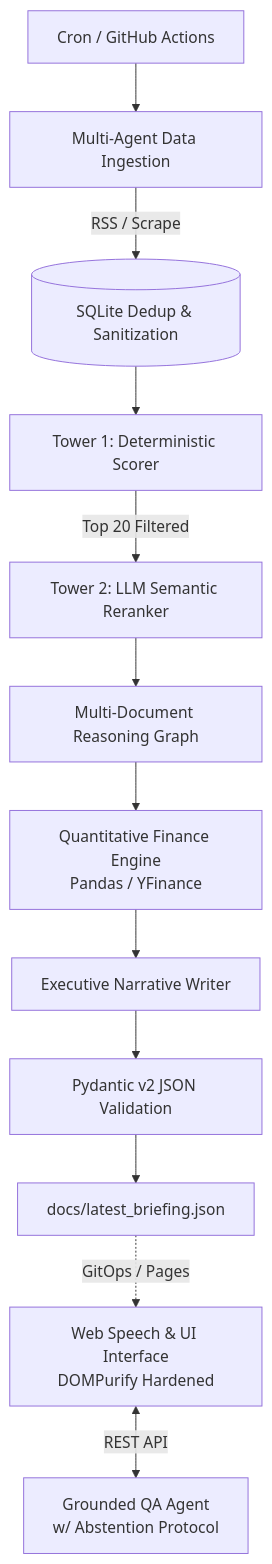
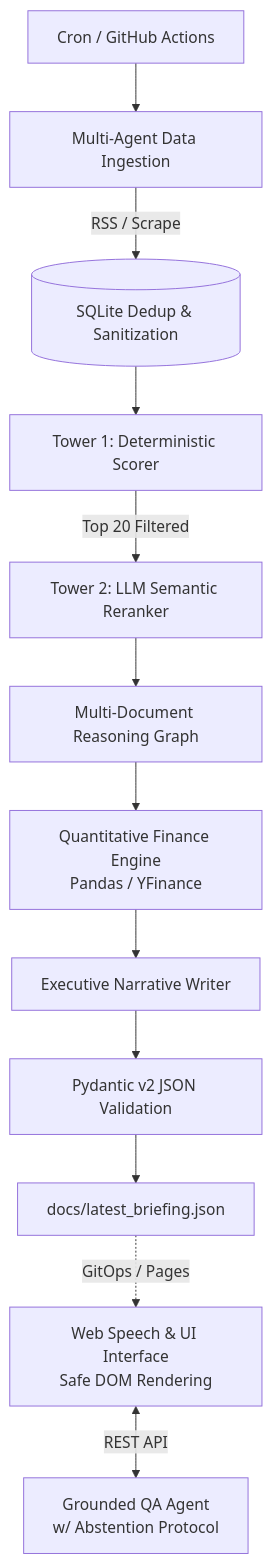
Before and after one commit to mpozz28/jarvis-daily-briefing: the diagram in README.md, drawn with Mermaid. The commit also changed other lines of this file and 14 other files, not shown here.

````diff
--- a/README.md
+++ b/README.md
@@ -114,21 +114,21 @@
 ```mermaid
 flowchart TD
     %% Ingestion
     A[Cron / GitHub Actions] --> B[Multi-Agent Data Ingestion]
     B -->|RSS / Scrape| C[(SQLite Dedup & Sanitization)]
 
     %% Processing Pipeline
     C --> D[Tower 1: Deterministic Scorer]
     D -->|Top 20 Filtered| E[Tower 2: LLM Semantic Reranker]
     E --> F[Multi-Document Reasoning Graph]
     F --> G["Quantitative Finance Engine<br/>Pandas / YFinance"]
 
     %% Output Generation
     G --> H[Executive Narrative Writer]
     H --> I[Pydantic v2 JSON Validation]
     I --> J[docs/latest_briefing.json]
 
     %% Serving & RAG
-    J -.->|GitOps / Pages| K["Web Speech & UI Interface<br/>DOMPurify Hardened"]
+    J -.->|GitOps / Pages| K["Web Speech & UI Interface<br/>Safe DOM Rendering"]
     K <-->|REST API| L["Grounded QA Agent<br/>w/ Abstention Protocol"]
 ```
````
